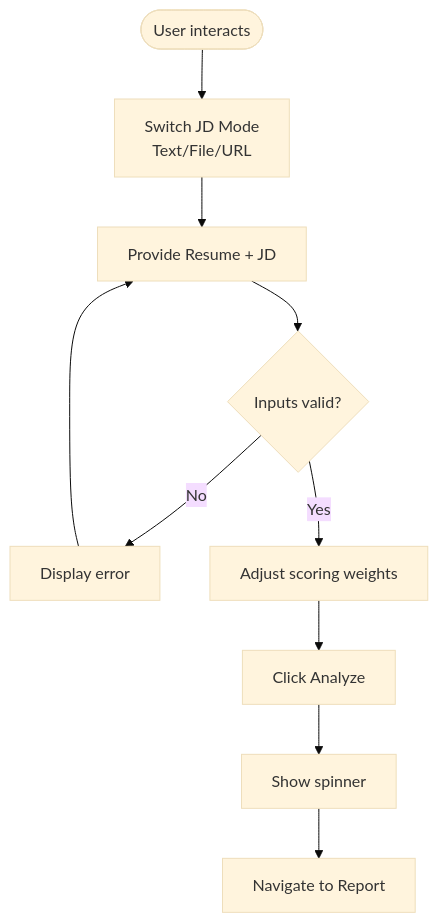
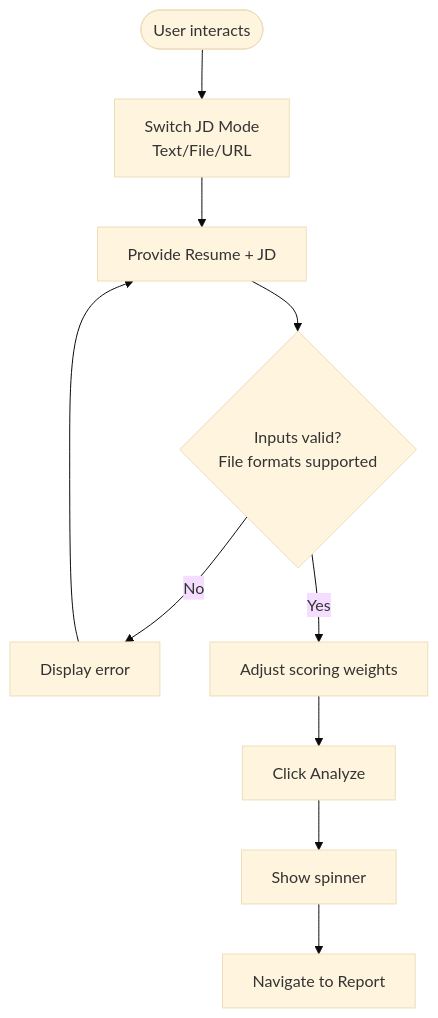
Before and after one commit to Revanththetalogics/aireume: the third of 6 diagrams in .qoder/repowiki/en/content/Frontend Architecture/Component Library.md, drawn with Mermaid (base theme). The commit also changed other lines of this file and 61 other files, not shown here.

````diff
--- a/.qoder/repowiki/en/content/Frontend Architecture/Component Library.md
+++ b/.qoder/repowiki/en/content/Frontend Architecture/Component Library.md
@@ -225,12 +275,12 @@
 ```mermaid
 flowchart TD
 Start(["User interacts"]) --> Mode["Switch JD Mode<br/>Text/File/URL"]
 Mode --> Input["Provide Resume + JD"]
-Input --> Validate{"Inputs valid?"}
+Input --> Validate{"Inputs valid?<br/>File formats supported"}
 Validate --> |No| ShowError["Display error"]
 Validate --> |Yes| Weights["Adjust scoring weights"]
 Weights --> Submit["Click Analyze"]
 Submit --> Loading["Show spinner"]
 Loading --> Done["Navigate to Report"]
 ShowError --> Input
 ```
````
